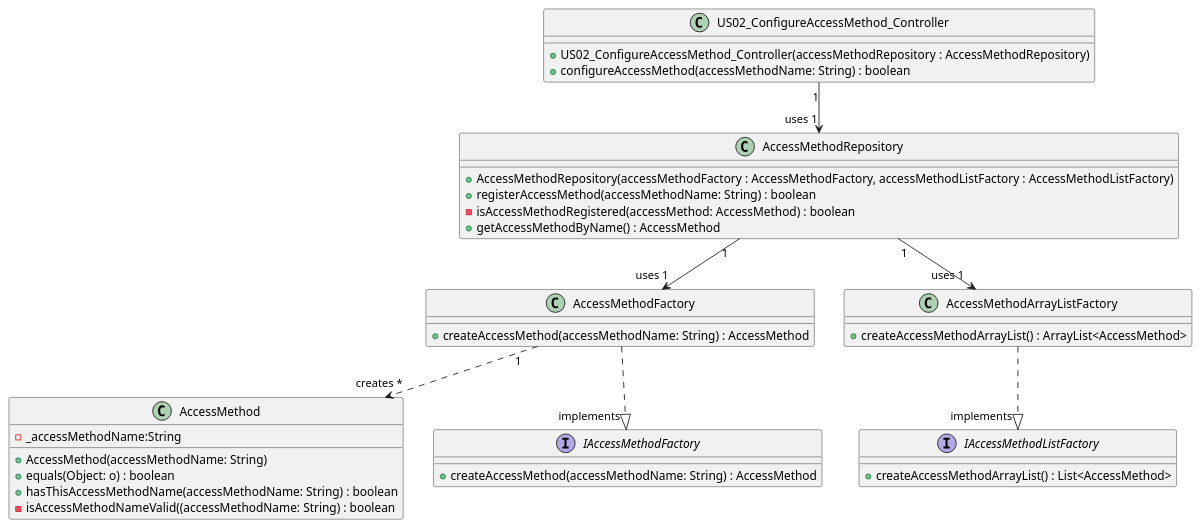
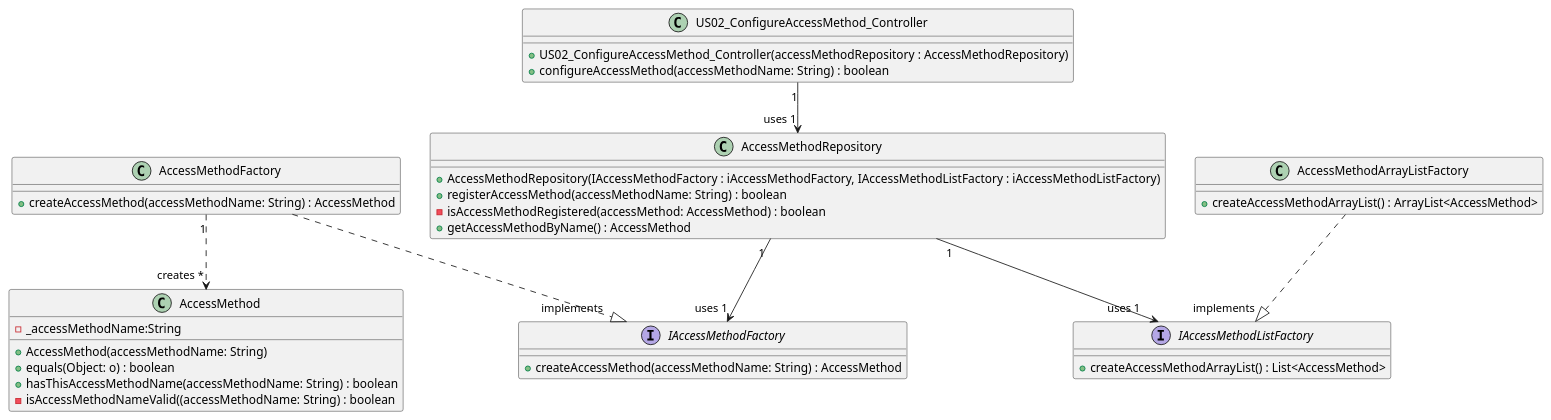
One commit to GasparISEP/DevOps-PAI changed the diagram in docs/US02/US02_ConfigureAccessMethod_ClassDiagram.puml. Above: the diagram before and after it, drawn with PlantUML.

Commit message:
ci: update US02_ConfigureAccessMethod_ClassDiagram.puml. Closes #10

```diff
--- a/docs/US02/US02_ConfigureAccessMethod_ClassDiagram.puml
+++ b/docs/US02/US02_ConfigureAccessMethod_ClassDiagram.puml
@@ -1,59 +1,59 @@
 @startuml
 
 class AccessMethod
 interface IAccessMethodFactory
 class AccessMethodFactory
 interface IAccessMethodListFactory
 class AccessMethodArrayListFactory
 class AccessMethodRepository
 class US02_ConfigureAccessMethod_Controller
 
 class AccessMethod {
     -_accessMethodName:String
     +AccessMethod(accessMethodName: String)
     +equals(Object: o) : boolean
     +hasThisAccessMethodName(accessMethodName: String) : boolean
     -isAccessMethodNameValid((accessMethodName: String) : boolean
 }
 
 Interface IAccessMethodFactory {
     +createAccessMethod(accessMethodName: String) : AccessMethod
 }
 
 class AccessMethodFactory {
     +createAccessMethod(accessMethodName: String) : AccessMethod
 }
 'implements
 AccessMethodFactory ..|> "implements" IAccessMethodFactory
 
 
 Interface IAccessMethodListFactory {
  +createAccessMethodArrayList() : List<AccessMethod>
 }
 
 class AccessMethodArrayListFactory {
     +createAccessMethodArrayList() : ArrayList<AccessMethod>
 }
 'implements
 AccessMethodArrayListFactory ..|> "implements" IAccessMethodListFactory
 
 class AccessMethodRepository {
-    +AccessMethodRepository(accessMethodFactory : AccessMethodFactory, accessMethodListFactory : AccessMethodListFactory)
+    +AccessMethodRepository(IAccessMethodFactory : iAccessMethodFactory, IAccessMethodListFactory : iAccessMethodListFactory)
     +registerAccessMethod(accessMethodName: String) : boolean
     -isAccessMethodRegistered(accessMethod: AccessMethod) : boolean
     +getAccessMethodByName() : AccessMethod
 }
 'uses
-AccessMethodRepository "1 " --> "uses 1"AccessMethodFactory
-AccessMethodRepository "1" --> "uses 1" AccessMethodArrayListFactory
+AccessMethodRepository "1 " --> "uses 1"IAccessMethodFactory
+AccessMethodRepository "1" --> "uses 1" IAccessMethodListFactory
 
 class US02_ConfigureAccessMethod_Controller {
     +US02_ConfigureAccessMethod_Controller(accessMethodRepository : AccessMethodRepository)
     +configureAccessMethod(accessMethodName: String) : boolean
 }
 'uses
 US02_ConfigureAccessMethod_Controller "1" --> "uses 1" AccessMethodRepository
 
 'creates
 AccessMethodFactory "1" ..> " creates *" AccessMethod
 @enduml
```
